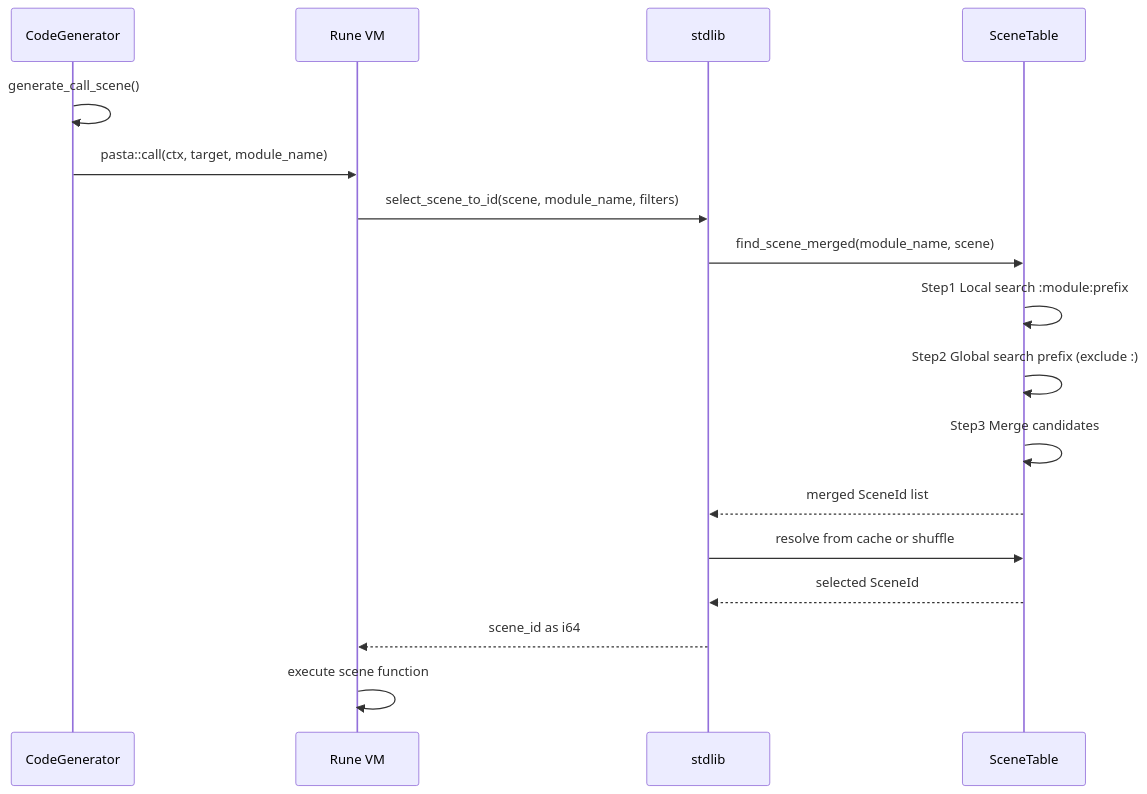
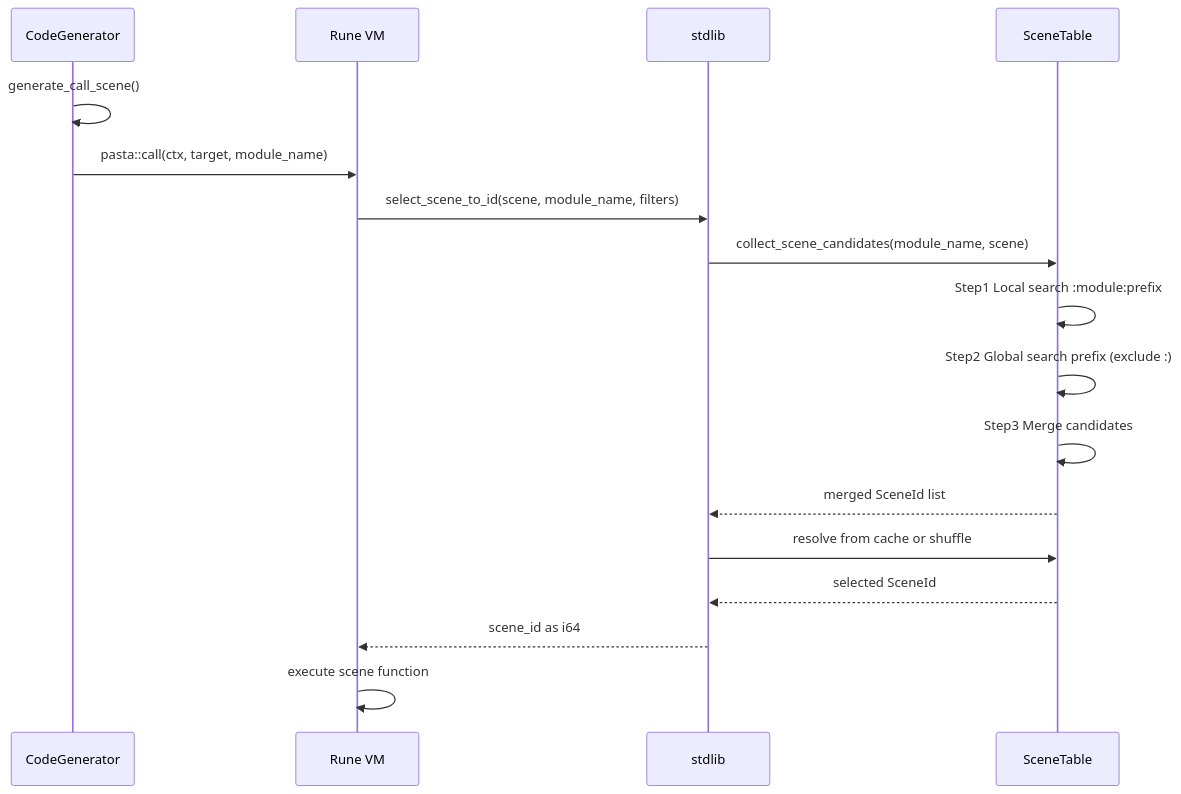
The second of 2 diagrams in .kiro/specs/call-unified-scope-resolution/design.md (ekicyou/pasta), drawn with Mermaid before and after one commit. The commit also changed other lines of this file, not shown here.

Commit message:
refactor(design): API 名称統一 - WordTable との対称性確立、find_scene_merged → collect_scene_candidates、resolve_scene_id_unified → resolve_scene_id

````diff
--- a/.kiro/specs/call-unified-scope-resolution/design.md
+++ b/.kiro/specs/call-unified-scope-resolution/design.md
@@ -87,20 +87,20 @@
 ```mermaid
 sequenceDiagram
     participant CG as CodeGenerator
     participant R as Rune VM
     participant S as stdlib
     participant ST as SceneTable
 
     CG->>CG: generate_call_scene()
     CG->>R: pasta::call(ctx, target, module_name)
     R->>S: select_scene_to_id(scene, module_name, filters)
-    S->>ST: find_scene_merged(module_name, scene)
+    S->>ST: collect_scene_candidates(module_name, scene)
     ST->>ST: Step1 Local search :module:prefix
     ST->>ST: Step2 Global search prefix (exclude :)
     ST->>ST: Step3 Merge candidates
     ST-->>S: merged SceneId list
     S->>ST: resolve from cache or shuffle
     ST-->>S: selected SceneId
     S-->>R: scene_id as i64
     R->>R: execute scene function
 ```
````
